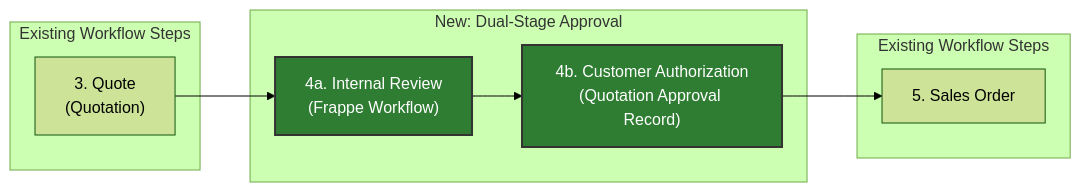
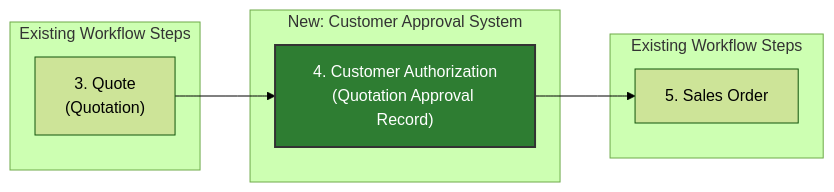
The sixth of 6 diagrams in docs/development/quotation-approval-system-spec.md (patricklai3/induct_shop), drawn with Mermaid (forest theme) before and after one commit. The commit also changed other lines of this file and 2 other files, not shown here.

First line of the commit message:
docs: remove stage 1 from quotation approval spec

````diff
--- a/docs/development/quotation-approval-system-spec.md
+++ b/docs/development/quotation-approval-system-spec.md
@@ -963,20 +919,19 @@
 ```mermaid
 flowchart LR
     subgraph Existing["Existing Workflow Steps"]
         S3["3. Quote\n(Quotation)"]
     end
 
-    subgraph New["New: Dual-Stage Approval"]
-        S4A["4a. Internal Review\n(Frappe Workflow)"]
-        S4B["4b. Customer Authorization\n(Quotation Approval Record)"]
+    subgraph New["New: Customer Approval System"]
+        S4["4. Customer Authorization\n(Quotation Approval Record)"]
     end
 
     subgraph Existing2["Existing Workflow Steps"]
         S5["5. Sales Order"]
     end
 
-    S3 --> S4A --> S4B --> S5
+    S3 --> S4 --> S5
 
     classDef new fill:#2e7d32,stroke:#333,stroke-width:2px,color:#fff;
-    class S4A,S4B new;
+    class S4 new;
 ```
````
